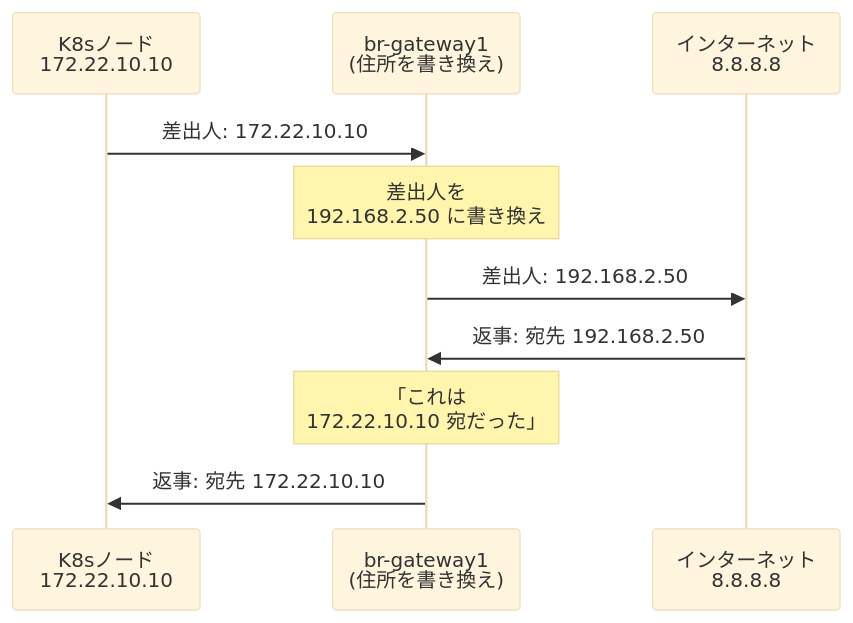
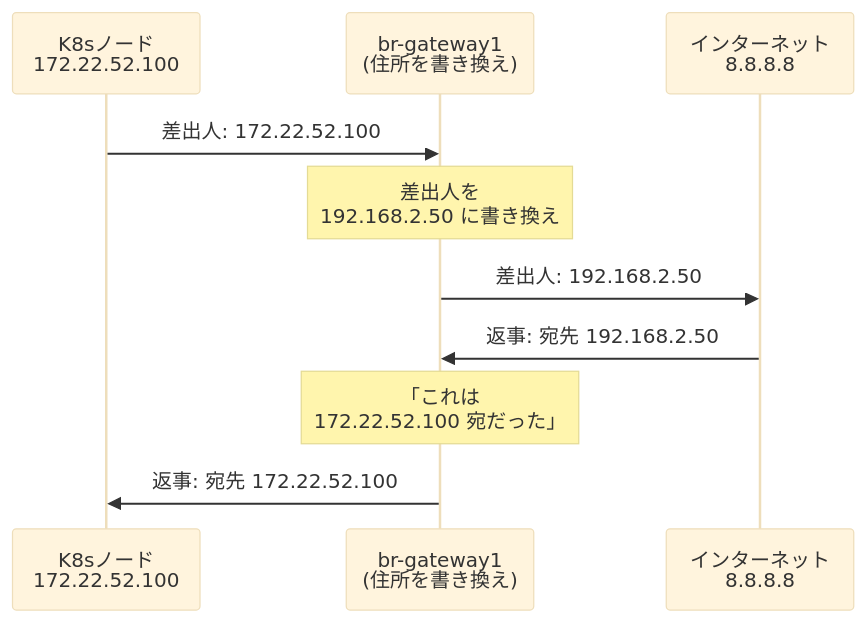
Before and after one commit to bright-room/br-cluster: the sixth of 8 diagrams in docs/network-nftables-guide.md, drawn with Mermaid (base theme). The commit also changed other lines of this file and 3 other files, not shown here.

````diff
--- a/docs/network-nftables-guide.md
+++ b/docs/network-nftables-guide.md
@@ -147,13 +145,13 @@
 ```mermaid
 sequenceDiagram
-    participant Node as K8sノード<br/>172.22.10.10
+    participant Node as K8sノード<br/>172.22.52.100
     participant GW as br-gateway1<br/>(住所を書き換え)
     participant Ext as インターネット<br/>8.8.8.8
 
-    Node->>GW: 差出人: 172.22.10.10
+    Node->>GW: 差出人: 172.22.52.100
     Note over GW: 差出人を<br/>192.168.2.50 に書き換え
     GW->>Ext: 差出人: 192.168.2.50
     Ext->>GW: 返事: 宛先 192.168.2.50
-    Note over GW: 「これは<br/>172.22.10.10 宛だった」
-    GW->>Node: 返事: 宛先 172.22.10.10
+    Note over GW: 「これは<br/>172.22.52.100 宛だった」
+    GW->>Node: 返事: 宛先 172.22.52.100
 ```
````
